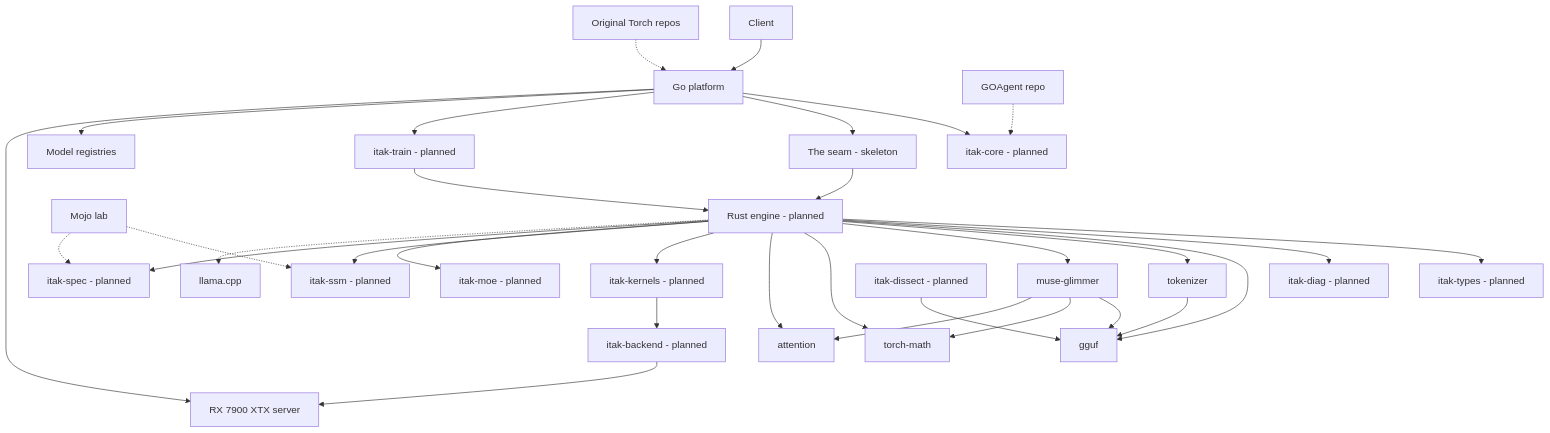
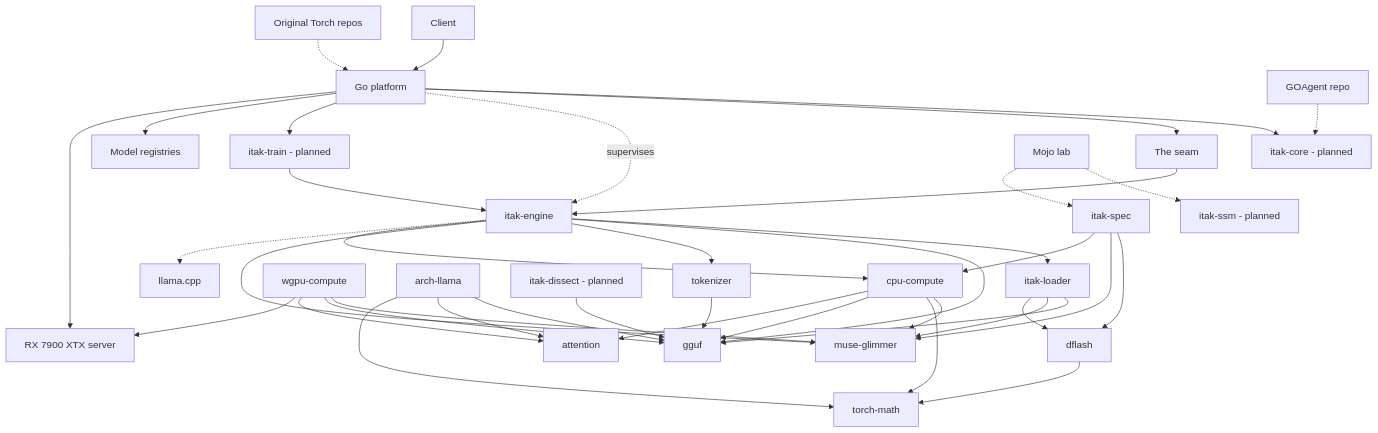
Before and after one commit to David2024patton/itak-torch-rebuild: the diagram in docs/MAP.md, drawn with Mermaid. The commit also changed other lines of this file, not shown here.

Commit message:
docs(map): update the module map to the real twelve crates, the wired seam, and the platform packages (panel H-6)

````diff
--- a/docs/MAP.md
+++ b/docs/MAP.md
@@ -101,34 +110,42 @@
 ```mermaid
 flowchart TD
   C[Client] --> P[Go platform]
   P --> CORE[itak-core - planned]
-  P --> SEAM[The seam - skeleton]
-  SEAM --> ENG[Rust engine - planned]
-  ENG --> TYPES[itak-types - planned]
-  ENG --> DIAG[itak-diag - planned]
-  ENG --> LOAD[gguf]
+  P --> SEAM[The seam]
+  SEAM --> ENG[itak-engine]
+  P -. supervises .-> ENG
+  ENG --> LOAD[itak-loader]
+  LOAD --> GG[gguf]
+  LOAD --> GLIM[muse-glimmer]
+  LOAD --> DF[dflash]
+  ENG --> GG
   ENG --> TOK[tokenizer]
-  TOK --> LOAD
-  ENG --> GLIM[muse-glimmer]
-  GLIM --> LOAD
-  GLIM --> MATH[torch-math]
-  GLIM --> ATT[attention]
-  ENG --> MATH
-  ENG --> ATT
-  ENG --> KERN[itak-kernels - planned]
-  ENG --> SSM[itak-ssm - planned]
-  ENG --> MOE[itak-moe - planned]
-  ENG --> SPEC[itak-spec - planned]
-  KERN --> BACK[itak-backend - planned]
-  BACK --> GPU[RX 7900 XTX server]
+  TOK --> GG
+  ENG --> GLIM
+  ENG --> CPU[cpu-compute]
+  CPU --> GLIM
+  CPU --> MATH[torch-math]
+  CPU --> GG
+  CPU --> ATT[attention]
+  WGPU[wgpu-compute] --> GLIM
+  WGPU --> GG
+  WGPU --> ATT
+  WGPU --> GPU[RX 7900 XTX server]
+  ARCH[arch-llama] --> GG
+  ARCH --> ATT
+  ARCH --> MATH
+  DF --> MATH
+  SPEC[itak-spec] --> DF
+  SPEC --> GLIM
+  SPEC --> CPU
   P --> TRAIN[itak-train - planned]
   TRAIN --> ENG
-  DIS[itak-dissect - planned] --> LOAD
+  DIS[itak-dissect - planned] --> GG
   P --> REG[Model registries]
-  LAB[Mojo lab] -.-> SSM
+  LAB[Mojo lab] -.-> SSM[itak-ssm - planned]
   LAB -.-> SPEC
   ORIG[Original Torch repos] -.-> P
   GOA[GOAgent repo] -.-> CORE
   ENG -.-> LLAMA[llama.cpp]
   P --> GPU
 ```
````
